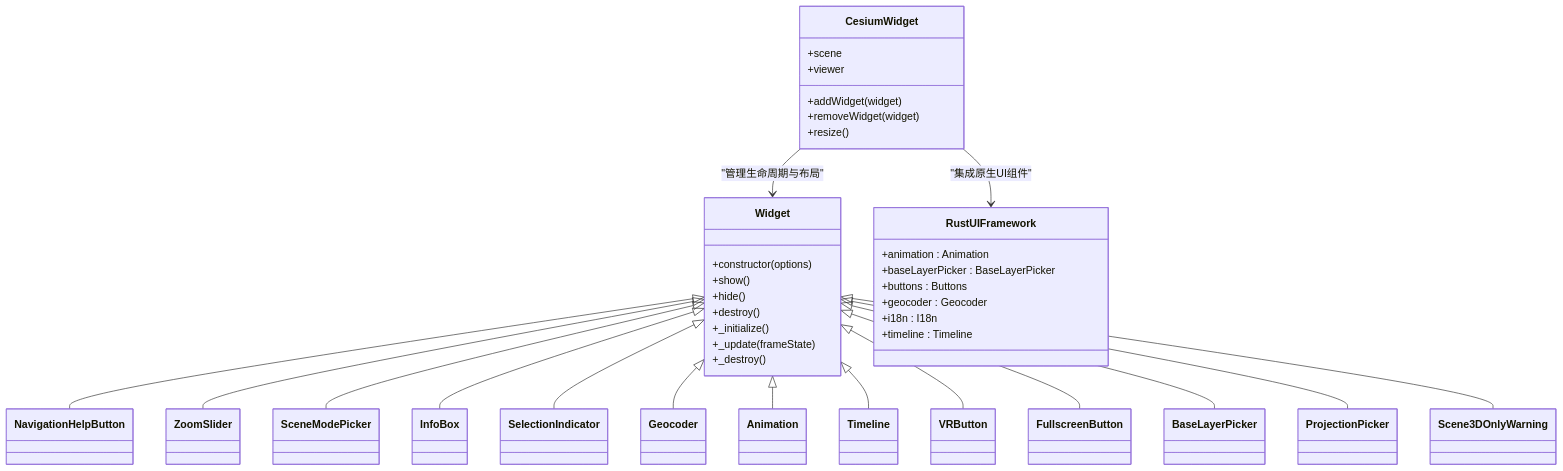
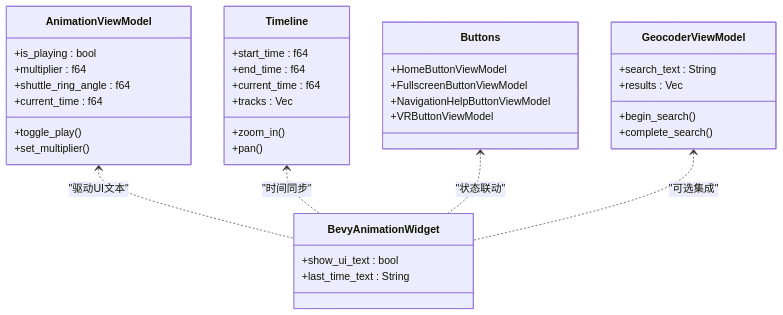
Before and after one commit to rzhangjing/cesium: the second of 3 diagrams in .qoder/repowiki/zh/content/UI组件库/控件系统/控件系统.md, drawn with Mermaid. The commit also changed other lines of this file and 57 other files, not shown here.

````diff
--- a/.qoder/repowiki/zh/content/UI组件库/控件系统/控件系统.md
+++ b/.qoder/repowiki/zh/content/UI组件库/控件系统/控件系统.md
@@ -136,55 +99,39 @@
 ```mermaid
 classDiagram
-class Widget {
-+constructor(options)
-+show()
-+hide()
-+destroy()
-+_initialize()
-+_update(frameState)
-+_destroy()
+class AnimationViewModel {
++is_playing : bool
++multiplier : f64
++shuttle_ring_angle : f64
++current_time : f64
++toggle_play()
++set_multiplier()
 }
-class CesiumWidget {
-+scene
-+viewer
-+addWidget(widget)
-+removeWidget(widget)
-+resize()
+class Timeline {
++start_time : f64
++end_time : f64
++current_time : f64
++tracks : Vec<TimelineTrack>
++zoom_in()
++pan()
 }
-class RustUIFramework {
-+animation : Animation
-+baseLayerPicker : BaseLayerPicker
-+buttons : Buttons
-+geocoder : Geocoder
-+i18n : I18n
-+timeline : Timeline
+class Buttons {
++HomeButtonViewModel
++FullscreenButtonViewModel
++NavigationHelpButtonViewModel
++VRButtonViewModel
 }
-class NavigationHelpButton
-class ZoomSlider
-class SceneModePicker
-class InfoBox
-class SelectionIndicator
-class Geocoder
-class Animation
-class Timeline
-class VRButton
-class FullscreenButton
-class BaseLayerPicker
-class ProjectionPicker
-class Scene3DOnlyWarning
-Widget <|-- NavigationHelpButton
-Widget <|-- ZoomSlider
-Widget <|-- SceneModePicker
-Widget <|-- InfoBox
-Widget <|-- SelectionIndicator
-Widget <|-- Geocoder
-Widget <|-- Animation
-Widget <|-- Timeline
-Widget <|-- VRButton
-Widget <|-- FullscreenButton
-Widget <|-- BaseLayerPicker
-Widget <|-- ProjectionPicker
-Widget <|-- Scene3DOnlyWarning
-CesiumWidget --> Widget : "管理生命周期与布局"
-CesiumWidget --> RustUIFramework : "集成原生UI组件"
+class GeocoderViewModel {
++search_text : String
++results : Vec<GeocoderSearchResult>
++begin_search()
++complete_search()
+}
+class BevyAnimationWidget {
++show_ui_text : bool
++last_time_text : String
+}
+AnimationViewModel <.. BevyAnimationWidget : "驱动UI文本"
+Timeline <.. BevyAnimationWidget : "时间同步"
+Buttons <.. BevyAnimationWidget : "状态联动"
+GeocoderViewModel <.. BevyAnimationWidget : "可选集成"
 ```
````
